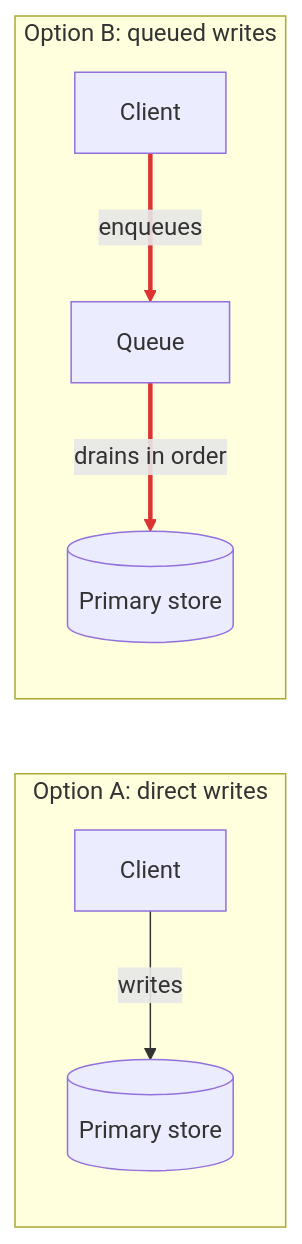
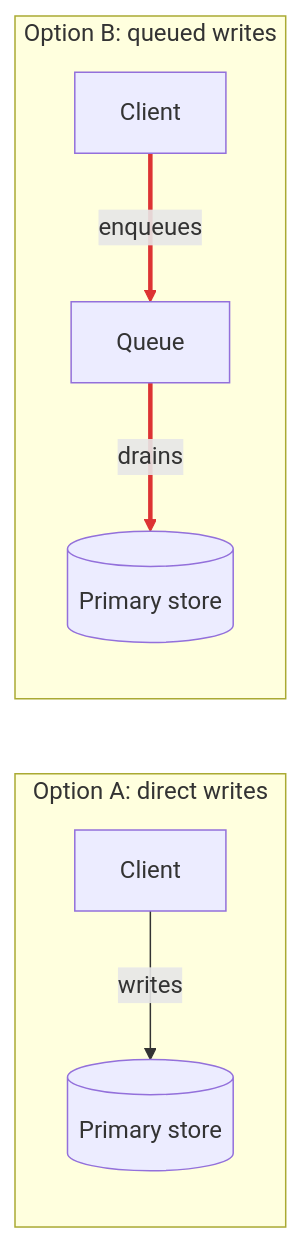
The diagram in references/report-template.md (nyimbi/pi-deep-research), drawn with Mermaid before and after one commit. The commit also changed other lines of this file and 5 other files, not shown here.

````diff
--- a/references/report-template.md
+++ b/references/report-template.md
@@ -203,11 +203,11 @@
 ```mermaid
 flowchart LR
   subgraph A["Option A: direct writes"]
     a1[Client] -->|writes| a2[(Primary store)]
   end
   subgraph B["Option B: queued writes"]
     b1[Client] -->|enqueues| b2[Queue]
-    b2 -->|drains in order| b3[(Primary store)]
+    b2 -->|drains| b3[(Primary store)]
   end
   linkStyle 1,2 stroke:#d33,stroke-width:3px
 ```
````
